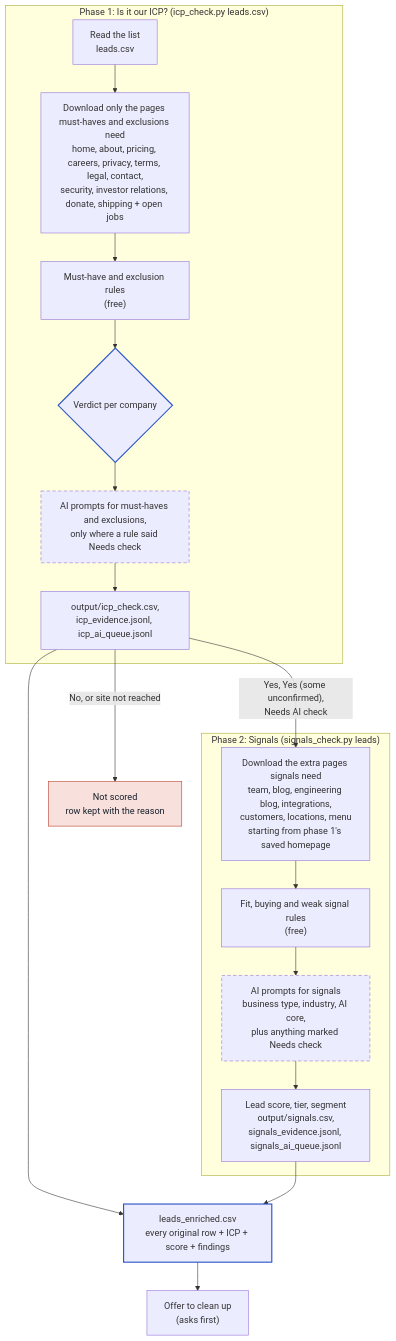
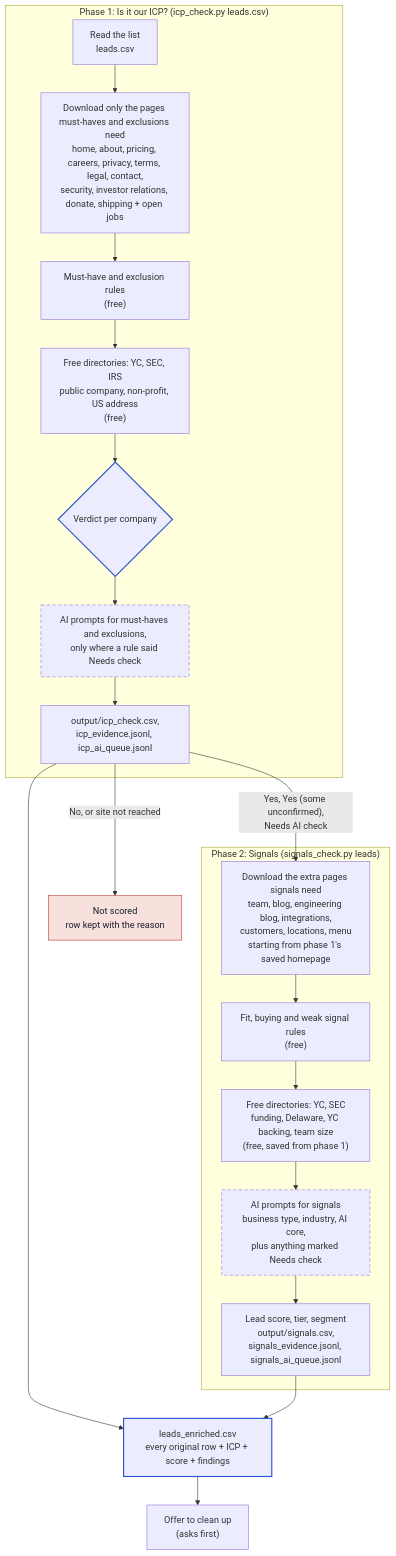
Before and after one commit to aligmirza/PuzzleLeadScoring: the first of 7 diagrams in docs/PIPELINE.md, drawn with Mermaid. The commit also changed other lines of this file and 20 other files, not shown here.

First line of the commit message:
Add free directories, stricter answers and fixes from the 10-company test

````diff
--- a/docs/PIPELINE.md
+++ b/docs/PIPELINE.md
@@ -16,33 +16,35 @@
 ```mermaid
 flowchart TD
     subgraph P1["Phase 1: Is it our ICP? (icp_check.py leads.csv)"]
         A1["Read the list<br/>leads.csv"]
         A2["Download only the pages must-haves and exclusions need<br/>home, about, pricing, careers, privacy, terms, legal, contact,<br/>security, investor relations, donate, shipping + open jobs"]
         A3["Must-have and exclusion rules<br/>(free)"]
+        A3b["Free directories: YC, SEC, IRS<br/>public company, non-profit, US address<br/>(free)"]
         A4{"Verdict per company"}
         A5["AI prompts for must-haves and exclusions,<br/>only where a rule said Needs check"]
         A6["output/icp_check.csv,<br/>icp_evidence.jsonl, icp_ai_queue.jsonl"]
-        A1 --> A2 --> A3 --> A4 --> A5 --> A6
+        A1 --> A2 --> A3 --> A3b --> A4 --> A5 --> A6
     end
 
     subgraph P2["Phase 2: Signals (signals_check.py leads)"]
         B1["Download the extra pages signals need<br/>team, blog, engineering blog, integrations,<br/>customers, locations, menu<br/>starting from phase 1's saved homepage"]
         B2["Fit, buying and weak signal rules<br/>(free)"]
+        B2b["Free directories: YC, SEC<br/>funding, Delaware, YC backing, team size<br/>(free, saved from phase 1)"]
         B3["AI prompts for signals<br/>business type, industry, AI core,<br/>plus anything marked Needs check"]
         B4["Lead score, tier, segment<br/>output/signals.csv,<br/>signals_evidence.jsonl, signals_ai_queue.jsonl"]
-        B1 --> B2 --> B3 --> B4
+        B1 --> B2 --> B2b --> B3 --> B4
     end
 
     A6 -->|"Yes, Yes (some unconfirmed),<br/>Needs AI check"| B1
     A6 -->|"No, or site not reached"| N["Not scored<br/>row kept with the reason"]
     A6 --> F["leads_enriched.csv<br/>every original row + ICP + score + findings"]
     B4 --> F
     F --> C["Offer to clean up<br/>(asks first)"]
 
     classDef plan stroke-dasharray: 6 4
     classDef key stroke:#2d55c8,stroke-width:2px
     classDef no fill:#f8e1dc,stroke:#b93a27,color:#18202e
     class A5,B3 plan
     class A4,F key
     class N no
 ```
````
